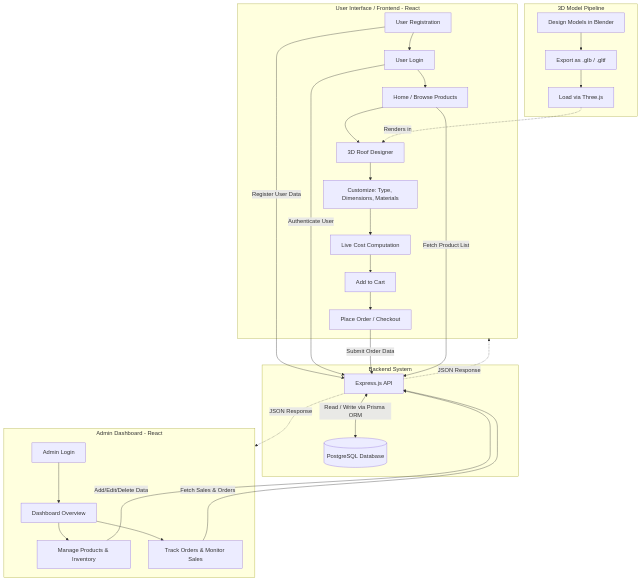
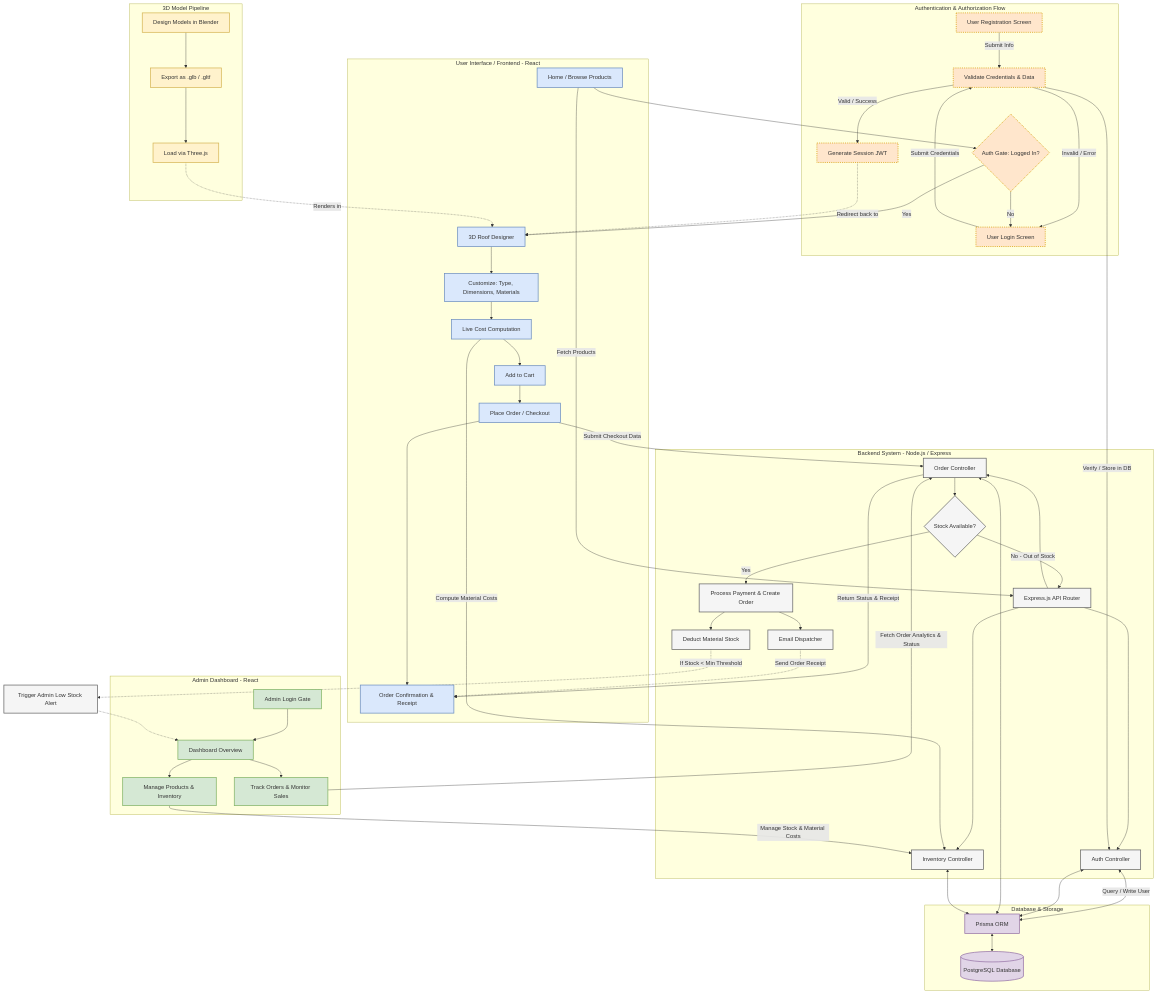
The diagram in flowchart.md (jerrycajote-Software/mega_pacific_capstone), drawn with Mermaid before and after one commit. The commit also changed other lines of this file and 5 other files, not shown here.

````diff
--- a/flowchart.md
+++ b/flowchart.md
@@ -9,70 +9,151 @@
 ```mermaid
 graph TD
-    %% User Flow
-    subgraph UserInterface [User Interface / Frontend - React]
-        UReg[User Registration]
-        ULog[User Login]
-        U1[Home / Browse Products]
-        U2[3D Roof Designer]
-        U3[Customize: Type, Dimensions, Materials]
-        U4[Live Cost Computation]
-        U5[Add to Cart]
-        U6[Place Order / Checkout]
-        
-        UReg --> ULog
-        ULog --> U1
-        U1 --> U2
+    %% Styling / Themes
+    classDef auth fill:#ffe6cc,stroke:#d79b00,stroke-dasharray: 3 3,stroke-width:2px;
+    classDef user fill:#dae8fc,stroke:#6c8ebf,stroke-width:2px;
+    classDef admin fill:#d5e8d4,stroke:#82b366,stroke-width:2px;
+    classDef backend fill:#f5f5f5,stroke:#666666,stroke-width:2px;
+    classDef db fill:#e1d5e7,stroke:#9673a6,stroke-width:2px;
+    classDef pipeline fill:#fff2cc,stroke:#d6b656,stroke-width:2px;
+
+    %% -------------------------------------------------------------------------
+    %% SUBGRAPH: Authentication & Authorization Flow (Separate Logic)
+    %% -------------------------------------------------------------------------
+    subgraph AuthFlow ["Authentication & Authorization Flow"]
+        UReg["User Registration Screen"]
+        ULog["User Login Screen"]
+        ValCreds["Validate Credentials & Data"]
+        GenToken["Generate Session JWT"]
+        AuthGate{"Auth Gate: Logged In?"}
+
+        UReg -->|Submit Info| ValCreds
+        ULog -->|Submit Credentials| ValCreds
+        ValCreds -->|Valid / Success| GenToken
+        ValCreds -->|Invalid / Error| ULog
+    end
+
+    %% -------------------------------------------------------------------------
+    %% SUBGRAPH: User Frontend Flow
+    %% -------------------------------------------------------------------------
+    subgraph UserInterface ["User Interface / Frontend - React"]
+        U1["Home / Browse Products"]
+        U2["3D Roof Designer"]
+        U3["Customize: Type, Dimensions, Materials"]
+        U4["Live Cost Computation"]
+        U5["Add to Cart"]
+        U6["Place Order / Checkout"]
+        U7["Order Confirmation & Receipt"]
+
+        U1 --> AuthGate
+        AuthGate -->|Yes| U2
+        AuthGate -->|No| ULog
+        GenToken -.->|Redirect back to| U2
+
         U2 --> U3
         U3 --> U4
         U4 --> U5
         U5 --> U6
+        U6 --> U7
     end
 
-    %% Admin Flow
-    subgraph AdminPanel [Admin Dashboard - React]
-        A1[Admin Login]
-        A2[Dashboard Overview]
-        A3[Manage Products & Inventory]
-        A4[Track Orders & Monitor Sales]
+    %% -------------------------------------------------------------------------
+    %% SUBGRAPH: Admin Dashboard
+    %% -------------------------------------------------------------------------
+    subgraph AdminPanel ["Admin Dashboard - React"]
+        A1["Admin Login Gate"]
+        A2["Dashboard Overview"]
+        A3["Manage Products & Inventory"]
+        A4["Track Orders & Monitor Sales"]
         
         A1 --> A2
         A2 --> A3
         A2 --> A4
     end
 
-    %% Backend & Database Flow
-    subgraph BackendSystem [Backend System]
-        B1[Express.js API]
-        DB[(PostgreSQL Database)]
+    %% -------------------------------------------------------------------------
+    %% SUBGRAPH: Backend API & Business Logic
+    %% -------------------------------------------------------------------------
+    subgraph BackendSystem ["Backend System - Node.js / Express"]
+        B1["Express.js API Router"]
+        BAuth["Auth Controller"]
+        BOrder["Order Controller"]
+        BInv["Inventory Controller"]
+        
+        %% Inventory & Order Internal Logic
+        InvCheck{"Stock Available?"}
+        InvDeduct["Deduct Material Stock"]
+        ProcOrder["Process Payment & Create Order"]
+        EmailService["Email Dispatcher"]
+        
+        B1 --> BAuth
+        B1 --> BOrder
+        B1 --> BInv
+        
+        %% Order Flow inside Backend
+        BOrder --> InvCheck
+        InvCheck -->|No - Out of Stock| B1
+        InvCheck -->|Yes| ProcOrder
+        ProcOrder --> InvDeduct
+        ProcOrder --> EmailService
     end
 
-    %% 3D Pipeline Flow
-    subgraph ThreeDPipeline [3D Model Pipeline]
-        M1[Design Models in Blender]
-        M2[Export as .glb / .gltf]
-        M3[Load via Three.js]
+    %% -------------------------------------------------------------------------
+    %% SUBGRAPH: Database
+    %% -------------------------------------------------------------------------
+    subgraph DBSystem ["Database & Storage"]
+        DB[("PostgreSQL Database")]
+        Prisma["Prisma ORM"]
+        
+        Prisma <--> DB
+    end
+
+    %% -------------------------------------------------------------------------
+    %% SUBGRAPH: 3D Pipeline
+    %% -------------------------------------------------------------------------
+    subgraph ThreeDPipeline ["3D Model Pipeline"]
+        M1["Design Models in Blender"]
+        M2["Export as .glb / .gltf"]
+        M3["Load via Three.js"]
         
         M1 --> M2
         M2 --> M3
     end
 
-    %% Flow Connections
-    %% 3D Integration
+    %% -------------------------------------------------------------------------
+    %% CONNECTIONS & INTERACTIONS
+    %% -------------------------------------------------------------------------
+    %% Three.js connection
     M3 -.->|Renders in| U2
 
-    %% API Requests
-    UReg -->|Register User Data| B1
-    ULog -->|Authenticate User| B1
-    U6 -->|Submit Order Data| B1
-    U1 -->|Fetch Product List| B1
+    %% Auth Connections
+    ValCreds -->|Verify / Store in DB| BAuth
+    BAuth <-->|Query / Write User| Prisma
+
+    %% User Interaction Connections to Backend
+    U1 -->|Fetch Products| B1
+    U4 -->|Compute Material Costs| BInv
+    U6 -->|Submit Checkout Data| BOrder
+    BOrder -->|Return Status & Receipt| U7
+
+    %% Admin Interaction Connections
+    A3 -->|Manage Stock & Material Costs| BInv
+    A4 -->|Fetch Order Analytics & Status| BOrder
+
+    %% Backend DB Interactions
+    BAuth <--> Prisma
+    BOrder <--> Prisma
+    BInv <--> Prisma
     
-    A3 -->|Add/Edit/Delete Data| B1
-    A4 -->|Fetch Sales & Orders| B1
-    
-    %% Database Interaction
-    B1 <-->|Read / Write via Prisma ORM| DB
-    
-    %% API Responses
-    B1 -.->|JSON Response| UserInterface
-    B1 -.->|JSON Response| AdminPanel
+    %% Notifications / Warnings
+    EmailService -.->|Send Order Receipt| U7
+    InvDeduct -.->|If Stock < Min Threshold| AlertAdmin["Trigger Admin Low Stock Alert"]
+    AlertAdmin -.-> A2
+
+    %% Assigning Classes for styles
+    class UReg,ULog,ValCreds,GenToken,AuthGate auth;
+    class U1,U2,U3,U4,U5,U6,U7 user;
+    class A1,A2,A3,A4 admin;
+    class B1,BAuth,BOrder,BInv,InvCheck,InvDeduct,ProcOrder,EmailService,AlertAdmin backend;
+    class DB,Prisma db;
+    class M1,M2,M3 pipeline;
 ```
````
